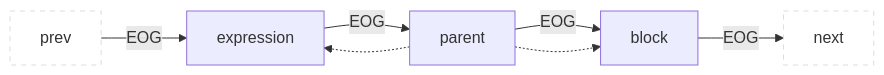
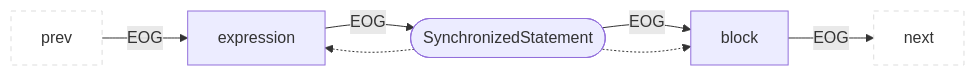
Diagram 31 of 49 in docs/docs/CPG/specs/eog.md (Fraunhofer-AISEC/cpg), drawn with Mermaid before and after one commit. The commit also changed 17 other files, not shown here.

````diff
--- a/docs/docs/CPG/specs/eog.md
+++ b/docs/docs/CPG/specs/eog.md
@@ -592,10 +592,10 @@
 ```mermaid
 flowchart LR
   classDef outer fill:#fff,stroke:#ddd,stroke-dasharray:5 5;
   prev:::outer --EOG--> child1["expression"]
-  child1 --EOG--> parent
+  child1 --EOG--> parent(["SynchronizedStatement"])
   parent --EOG--> child2["block"]
   child2 --EOG--> next:::outer
   parent -.-> child1
   parent -.-> child2
 ```
````
